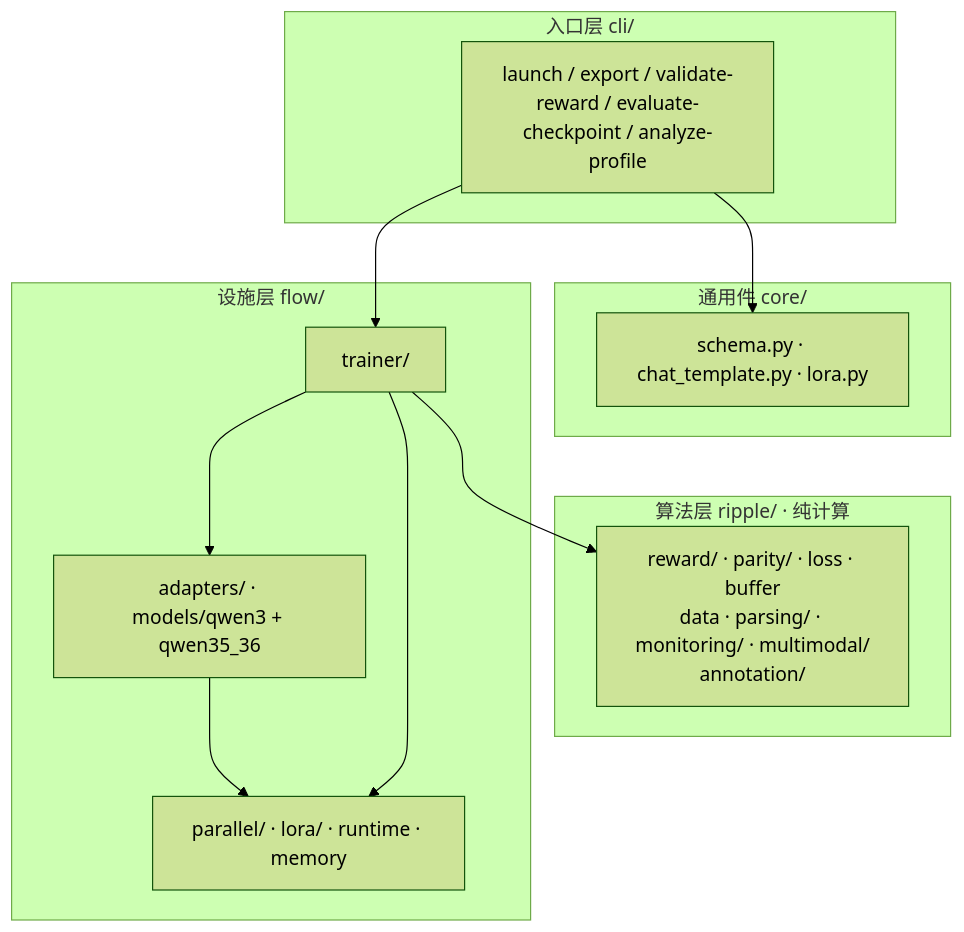
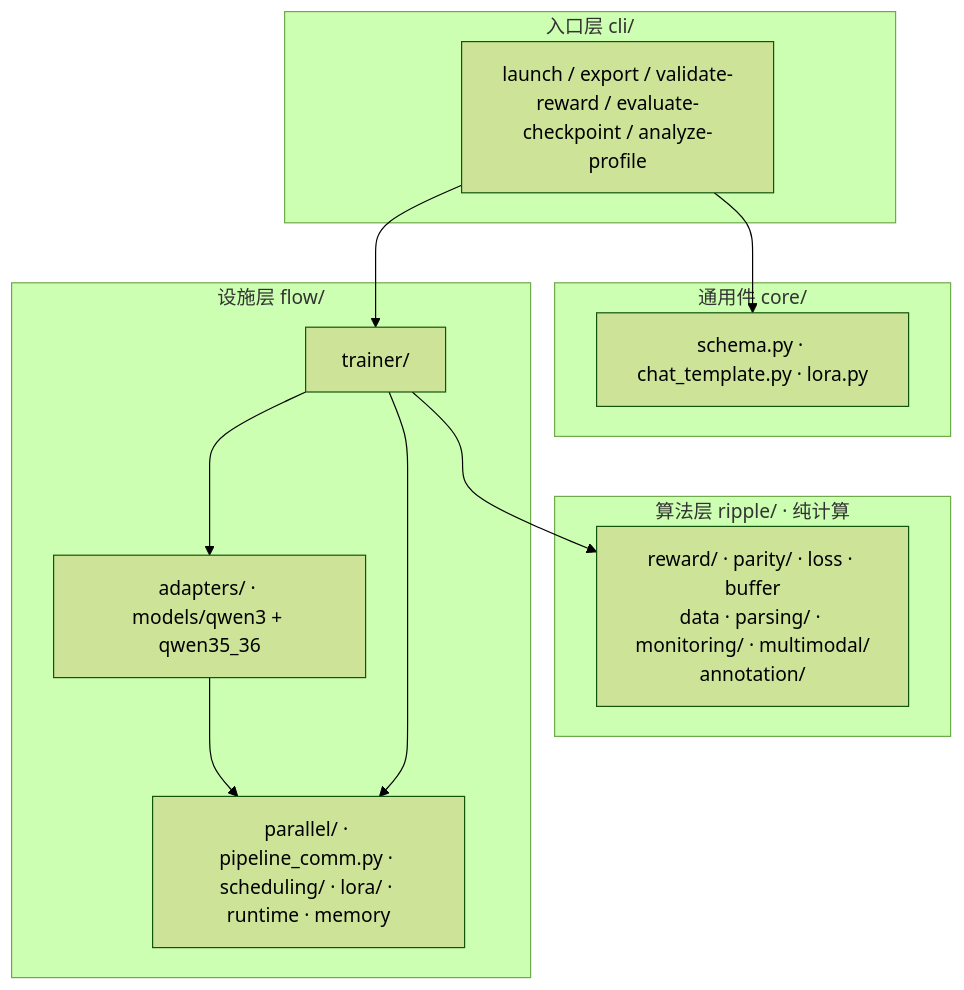
The third of 5 diagrams in docs/architecture.md (godthrone/graspo), drawn with Mermaid (forest theme) before and after one commit. The commit also changed other lines of this file and 9 other files, not shown here.

First line of the commit message:
feat(flow): add async P2P PP pipeline facility + pluggable scheduler

````diff
--- a/docs/architecture.md
+++ b/docs/architecture.md
@@ -70,23 +72,23 @@
 ```mermaid
 flowchart TB
     subgraph L0["入口层 cli/"]
         CLI["launch / export / validate-reward / evaluate-checkpoint / analyze-profile"]
     end
     subgraph L1["算法层 ripple/ · 纯计算"]
         R["reward/ · parity/ · loss · buffer<br/>data · parsing/ · monitoring/ · multimodal/<br/>annotation/"]
     end
     subgraph L2["通用件 core/"]
         C["schema.py · chat_template.py · lora.py"]
     end
     subgraph L3["设施层 flow/"]
         T["trainer/"]
         A["adapters/ · models/qwen3 + qwen35_36"]
-        P["parallel/ · lora/ · runtime · memory"]
+        P["parallel/ · pipeline_comm.py · scheduling/ · lora/ · runtime · memory"]
     end
     CLI --> C
     CLI --> T
     T --> R
     T --> A
     A --> P
     T --> P
 ```
````
